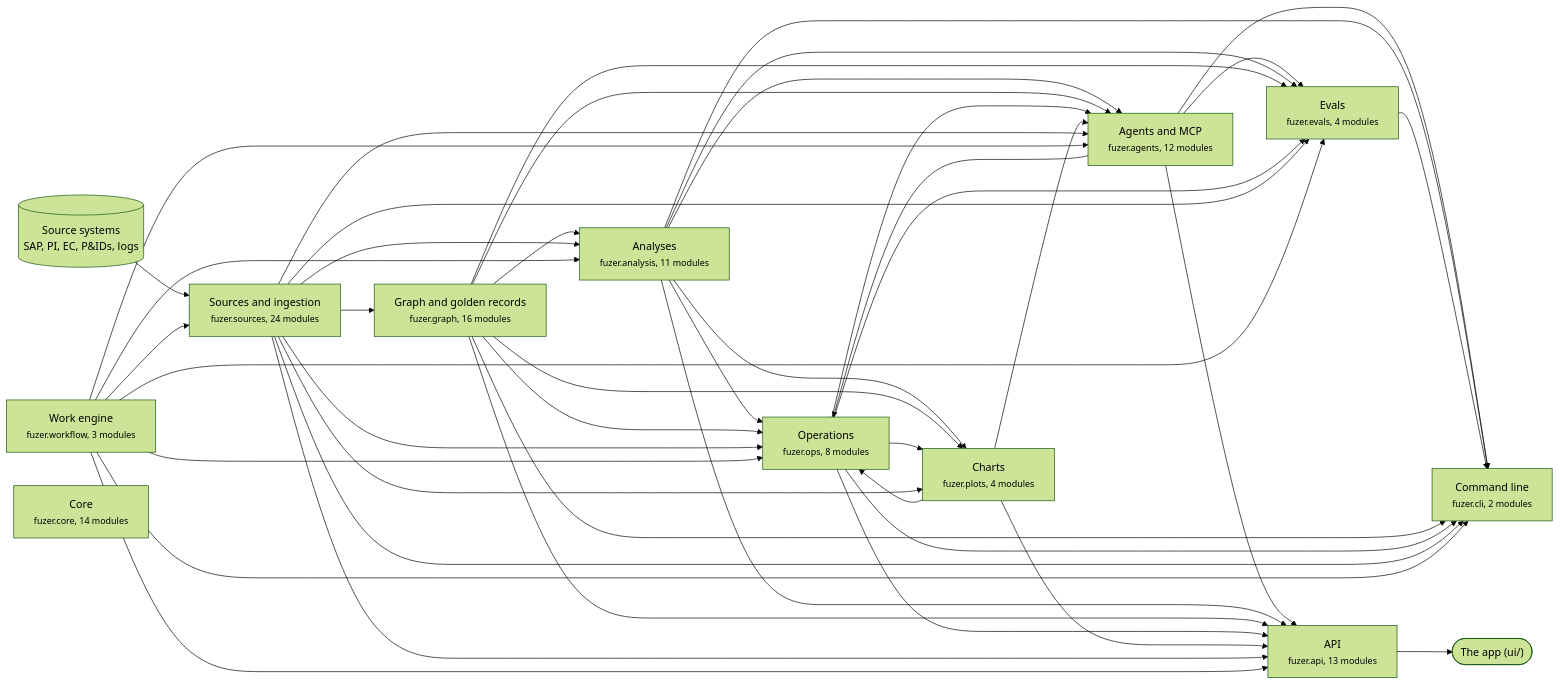
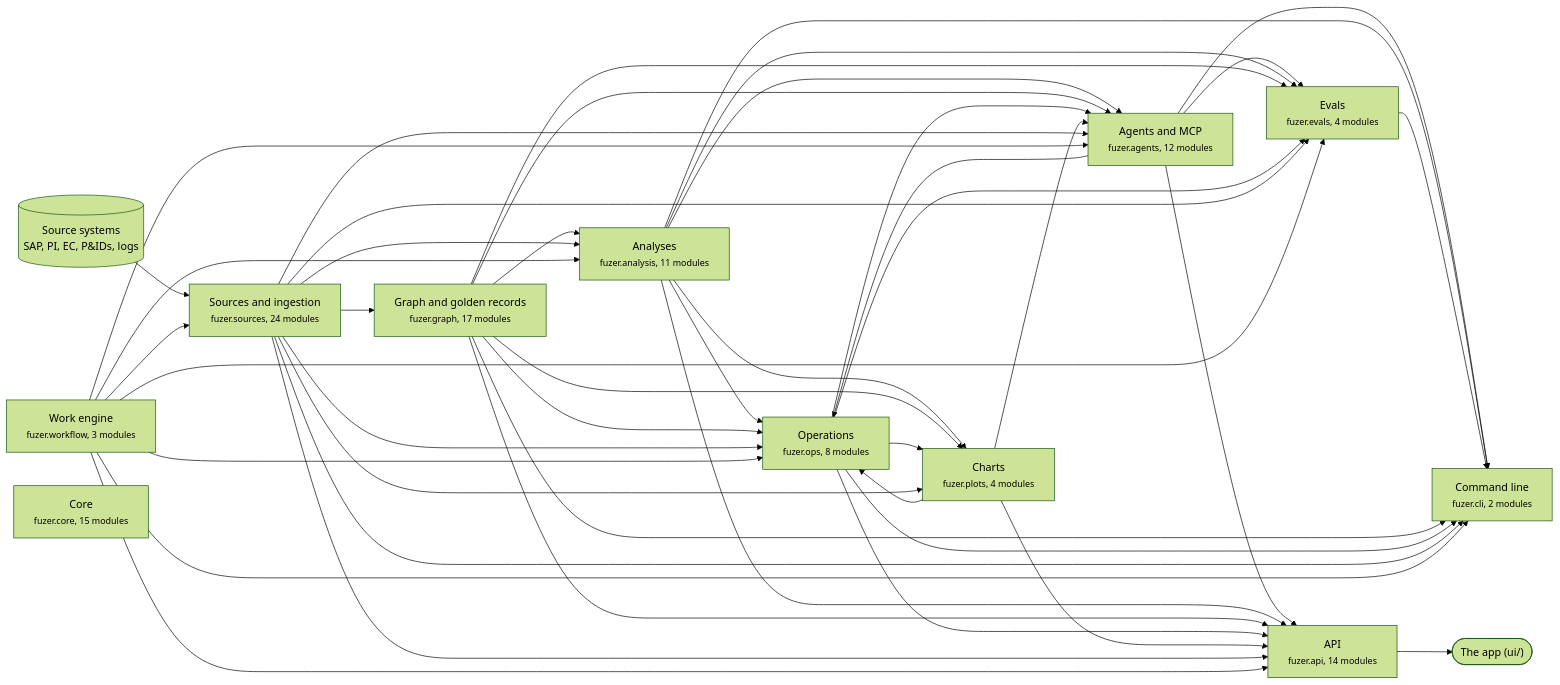
Before and after one commit to areed145/fuzer: the first of 3 diagrams in docs/architecture.md, drawn with Mermaid (forest theme). The commit also changed other lines of this file and 1 other file, not shown here.

Commit message:
Regenerate the schema and architecture reference pages

````diff
--- a/docs/architecture.md
+++ b/docs/architecture.md
@@ -8,69 +8,69 @@
 ```mermaid
 flowchart LR
   systems[("Source systems<br>SAP, PI, EC, P&IDs, logs")] --> c_sources
   app(["The app (ui/)"])
   c_api --> app
   c_sources["Sources and ingestion<br><small>fuzer.sources, 24 modules</small>"]
-  c_graph["Graph and golden records<br><small>fuzer.graph, 16 modules</small>"]
+  c_graph["Graph and golden records<br><small>fuzer.graph, 17 modules</small>"]
   c_analysis["Analyses<br><small>fuzer.analysis, 11 modules</small>"]
   c_ops["Operations<br><small>fuzer.ops, 8 modules</small>"]
   c_plots["Charts<br><small>fuzer.plots, 4 modules</small>"]
   c_workflow["Work engine<br><small>fuzer.workflow, 3 modules</small>"]
   c_agents["Agents and MCP<br><small>fuzer.agents, 12 modules</small>"]
   c_evals["Evals<br><small>fuzer.evals, 4 modules</small>"]
-  c_api["API<br><small>fuzer.api, 13 modules</small>"]
+  c_api["API<br><small>fuzer.api, 14 modules</small>"]
   c_cli["Command line<br><small>fuzer.cli, 2 modules</small>"]
-  c_core["Core<br><small>fuzer.core, 14 modules</small>"]
+  c_core["Core<br><small>fuzer.core, 15 modules</small>"]
   c_workflow --> c_sources
   c_sources --> c_graph
   c_graph --> c_analysis
   c_sources --> c_analysis
   c_workflow --> c_analysis
   c_agents --> c_ops
   c_analysis --> c_ops
   c_graph --> c_ops
   c_plots --> c_ops
   c_sources --> c_ops
   c_workflow --> c_ops
   c_analysis --> c_plots
   c_graph --> c_plots
   c_ops --> c_plots
   c_sources --> c_plots
   c_analysis --> c_agents
   c_graph --> c_agents
   c_ops --> c_agents
   c_plots --> c_agents
   c_sources --> c_agents
   c_workflow --> c_agents
   c_agents --> c_evals
   c_analysis --> c_evals
   c_graph --> c_evals
   c_ops --> c_evals
   c_sources --> c_evals
   c_workflow --> c_evals
   c_agents --> c_api
   c_analysis --> c_api
   c_graph --> c_api
   c_ops --> c_api
   c_plots --> c_api
   c_sources --> c_api
   c_workflow --> c_api
   c_agents --> c_cli
   c_analysis --> c_cli
   c_evals --> c_cli
   c_graph --> c_cli
   c_ops --> c_cli
   c_sources --> c_cli
   c_workflow --> c_cli
   click c_sources "https://github.com/areed145/fuzer/tree/main/src/fuzer/sources"
   click c_graph "https://github.com/areed145/fuzer/tree/main/src/fuzer/graph"
   click c_analysis "https://github.com/areed145/fuzer/tree/main/src/fuzer/analysis"
   click c_ops "https://github.com/areed145/fuzer/tree/main/src/fuzer/ops"
   click c_plots "https://github.com/areed145/fuzer/tree/main/src/fuzer/plots"
   click c_workflow "https://github.com/areed145/fuzer/tree/main/src/fuzer/workflow"
   click c_agents "https://github.com/areed145/fuzer/tree/main/src/fuzer/agents"
   click c_evals "https://github.com/areed145/fuzer/tree/main/src/fuzer/evals"
   click c_api "https://github.com/areed145/fuzer/tree/main/src/fuzer/api"
   click c_cli "https://github.com/areed145/fuzer/tree/main/src/fuzer/cli"
   click c_core "https://github.com/areed145/fuzer/tree/main/src/fuzer/core"
 ```
````
